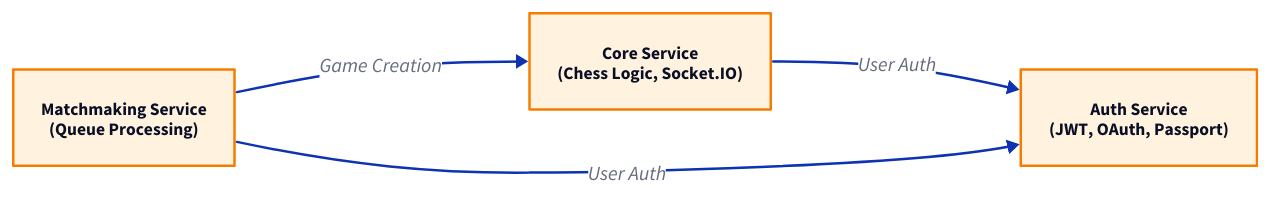
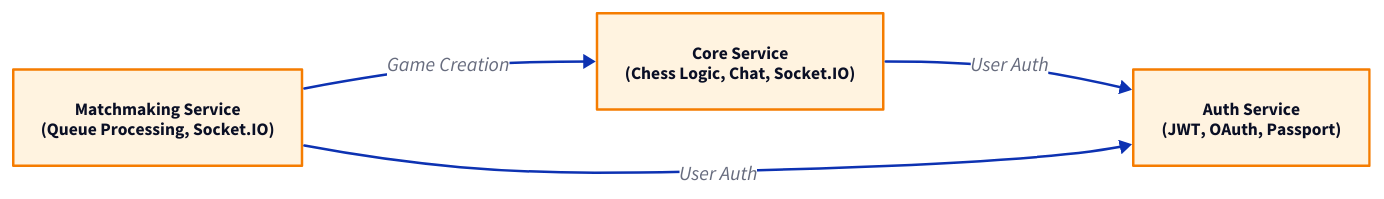
The diagram in docs/diagrams/architecture/backend-architecture.d2 (molgergo01/chess-game), drawn with D2 before and after one commit. The commit also changed 20 other files, not shown here.

Commit message:
feat: add final diagrams and .env templates (#23)

```diff
--- a/docs/diagrams/architecture/backend-architecture.d2
+++ b/docs/diagrams/architecture/backend-architecture.d2
@@ -1,35 +1,35 @@
 direction: right
 
   Auth: {
     shape: rectangle
     label: "Auth Service\n(JWT, OAuth, Passport)"
     style: {
       fill: "#fff3e0"
       stroke: "#f57c00"
       font-size: 14
     }
   }
 
   Core: {
     shape: rectangle
-    label: "Core Service\n(Chess Logic, Socket.IO)"
+    label: "Core Service\n(Chess Logic, Chat, Socket.IO)"
     style: {
       fill: "#fff3e0"
       stroke: "#f57c00"
       font-size: 14
     }
   }
 
   Matchmaking: {
     shape: rectangle
-    label: "Matchmaking Service\n(Queue Processing)"
+    label: "Matchmaking Service\n(Queue Processing, Socket.IO)"
     style: {
       fill: "#fff3e0"
       stroke: "#f57c00"
       font-size: 14
     }
   }
 
   Core -> Auth: "User Auth"
   Matchmaking -> Auth: "User Auth"
   Matchmaking -> Core: "Game Creation"
```
